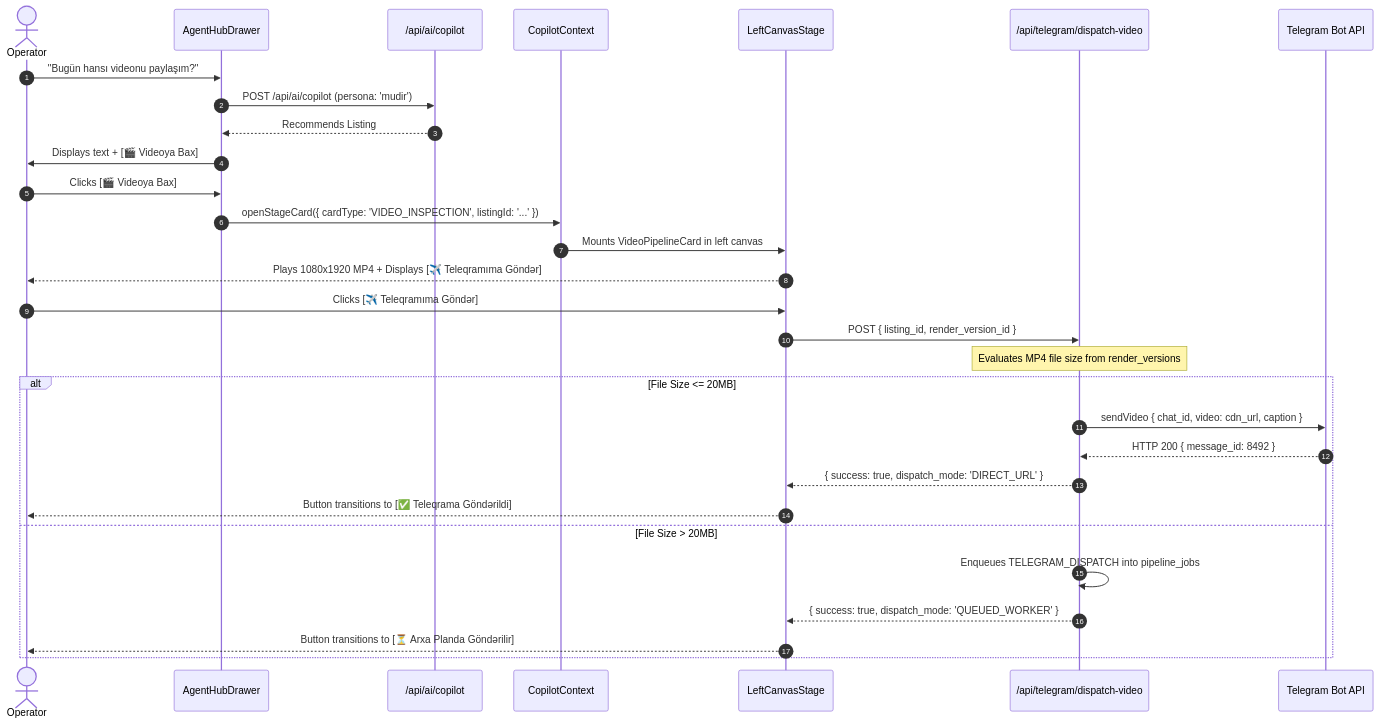
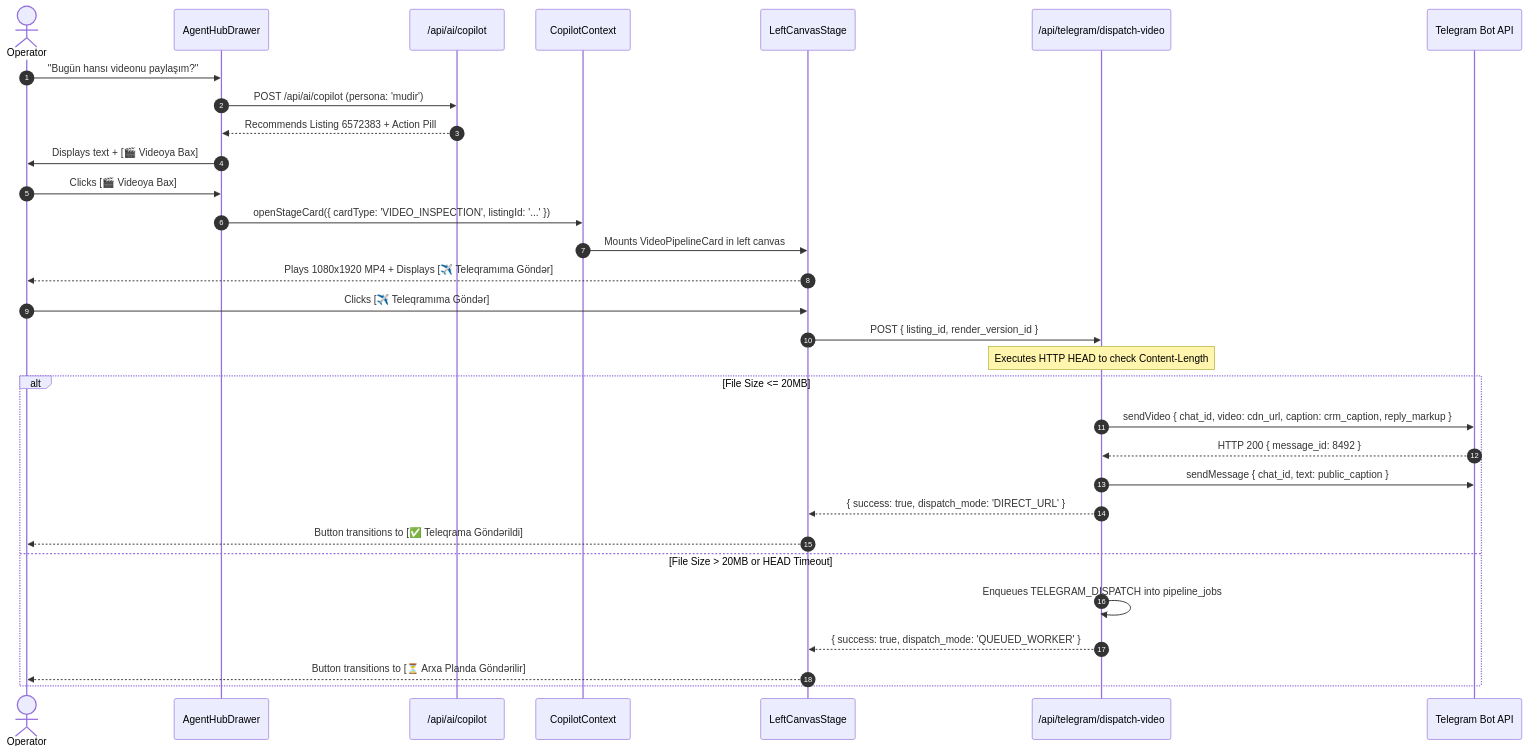
One commit to fxbluster/BakuEstate-AI changed the third of 3 diagrams in docs/designs/left_canvas_action_stage_and_tri_persona_copilot.md. Above: the diagram before and after it, drawn with Mermaid. The commit also changed other lines of this file, not shown here.

Commit message:
docs(design): apply round 1 EGM review fixes for tri-persona copilot

````diff
--- a/docs/designs/left_canvas_action_stage_and_tri_persona_copilot.md
+++ b/docs/designs/left_canvas_action_stage_and_tri_persona_copilot.md
@@ -189,33 +193,34 @@
 ```mermaid
 sequenceDiagram
     autonumber
     actor Op as Operator
     participant Drawer as AgentHubDrawer
     participant Copilot as /api/ai/copilot
     participant Context as CopilotContext
     participant Stage as LeftCanvasStage
     participant TeleRoute as /api/telegram/dispatch-video
     participant TG as Telegram Bot API
 
     Op->>Drawer: "Bugün hansı videonu paylaşım?"
     Drawer->>Copilot: POST /api/ai/copilot (persona: 'mudir')
-    Copilot-->>Drawer: Recommends Listing #6572383 + Action Pill
+    Copilot-->>Drawer: Recommends Listing 6572383 + Action Pill
     Drawer->>Op: Displays text + [🎬 Videoya Bax]
     Op->>Drawer: Clicks [🎬 Videoya Bax]
     Drawer->>Context: openStageCard({ cardType: 'VIDEO_INSPECTION', listingId: '...' })
     Context->>Stage: Mounts VideoPipelineCard in left canvas
     Stage-->>Op: Plays 1080x1920 MP4 + Displays [✈️ Teleqramıma Göndər]
     Op->>Stage: Clicks [✈️ Teleqramıma Göndər]
     Stage->>TeleRoute: POST { listing_id, render_version_id }
-    Note over TeleRoute: Evaluates MP4 file size from render_versions
+    Note over TeleRoute: Executes HTTP HEAD to check Content-Length
     alt File Size <= 20MB
-        TeleRoute->>TG: sendVideo { chat_id, video: cdn_url, caption }
+        TeleRoute->>TG: sendVideo { chat_id, video: cdn_url, caption: crm_caption, reply_markup }
         TG-->>TeleRoute: HTTP 200 { message_id: 8492 }
+        TeleRoute->>TG: sendMessage { chat_id, text: public_caption }
         TeleRoute-->>Stage: { success: true, dispatch_mode: 'DIRECT_URL' }
         Stage-->>Op: Button transitions to [✅ Teleqrama Göndərildi]
-    else File Size > 20MB
+    else File Size > 20MB or HEAD Timeout
         TeleRoute->>TeleRoute: Enqueues TELEGRAM_DISPATCH into pipeline_jobs
         TeleRoute-->>Stage: { success: true, dispatch_mode: 'QUEUED_WORKER' }
         Stage-->>Op: Button transitions to [⏳ Arxa Planda Göndərilir]
     end
 ```
````
